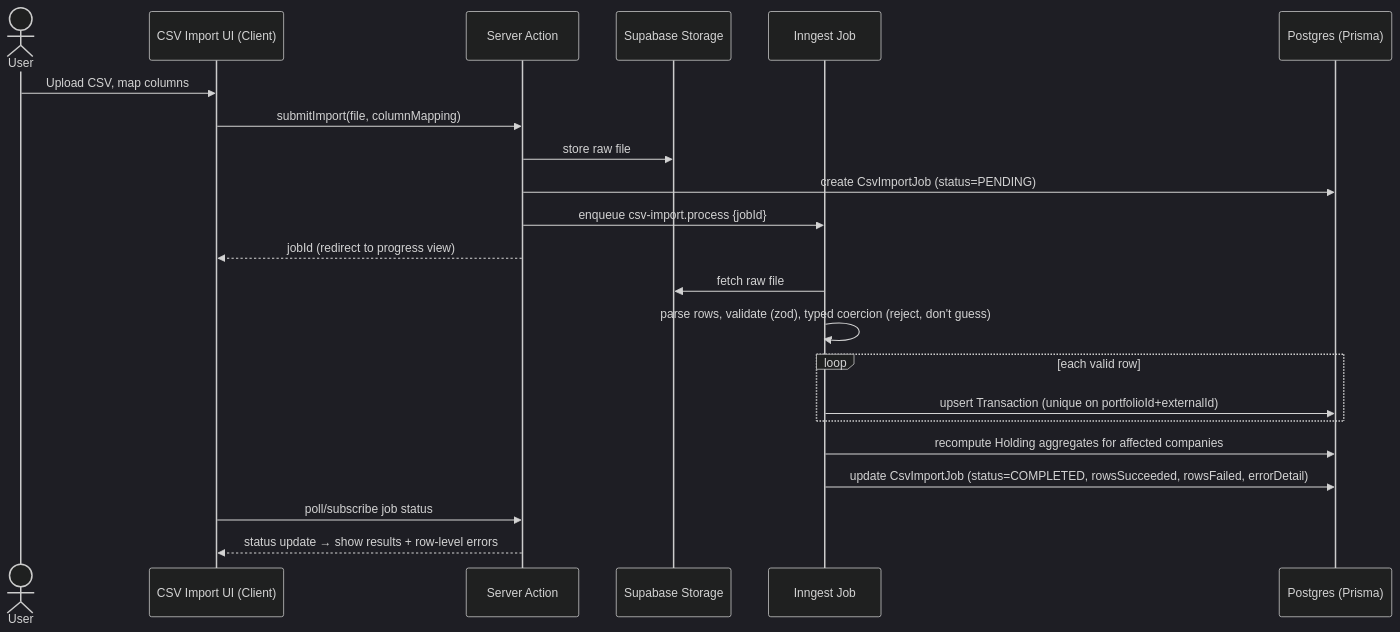
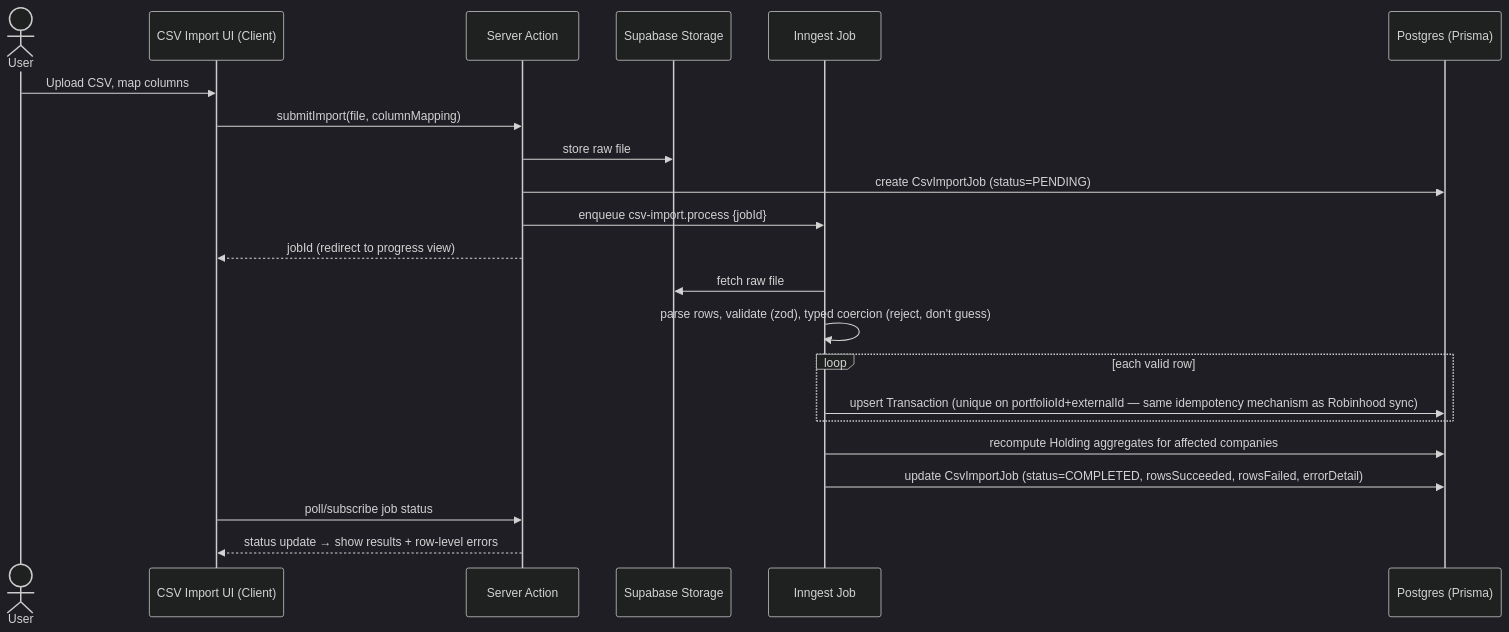
One commit to ayush51/stocklens changed the second of 8 diagrams in docs/phase-0/10-data-flow.md. Above: the diagram before and after it, drawn with Mermaid (dark theme). The commit also changed other lines of this file and 11 other files, not shown here.

````diff
--- a/docs/phase-0/10-data-flow.md
+++ b/docs/phase-0/10-data-flow.md
@@ -7,26 +54,26 @@
 ```mermaid
 sequenceDiagram
     actor U as User
     participant UI as CSV Import UI (Client)
     participant SA as Server Action
     participant ST as Supabase Storage
     participant J as Inngest Job
     participant DB as Postgres (Prisma)
 
     U->>UI: Upload CSV, map columns
     UI->>SA: submitImport(file, columnMapping)
     SA->>ST: store raw file
     SA->>DB: create CsvImportJob (status=PENDING)
     SA->>J: enqueue csv-import.process {jobId}
     SA-->>UI: jobId (redirect to progress view)
 
     J->>ST: fetch raw file
     J->>J: parse rows, validate (zod), typed coercion (reject, don't guess)
     loop each valid row
-        J->>DB: upsert Transaction (unique on portfolioId+externalId)
+        J->>DB: upsert Transaction (unique on portfolioId+externalId — same idempotency mechanism as Robinhood sync)
     end
     J->>DB: recompute Holding aggregates for affected companies
     J->>DB: update CsvImportJob (status=COMPLETED, rowsSucceeded, rowsFailed, errorDetail)
     UI->>SA: poll/subscribe job status
     SA-->>UI: status update → show results + row-level errors
 ```
````
